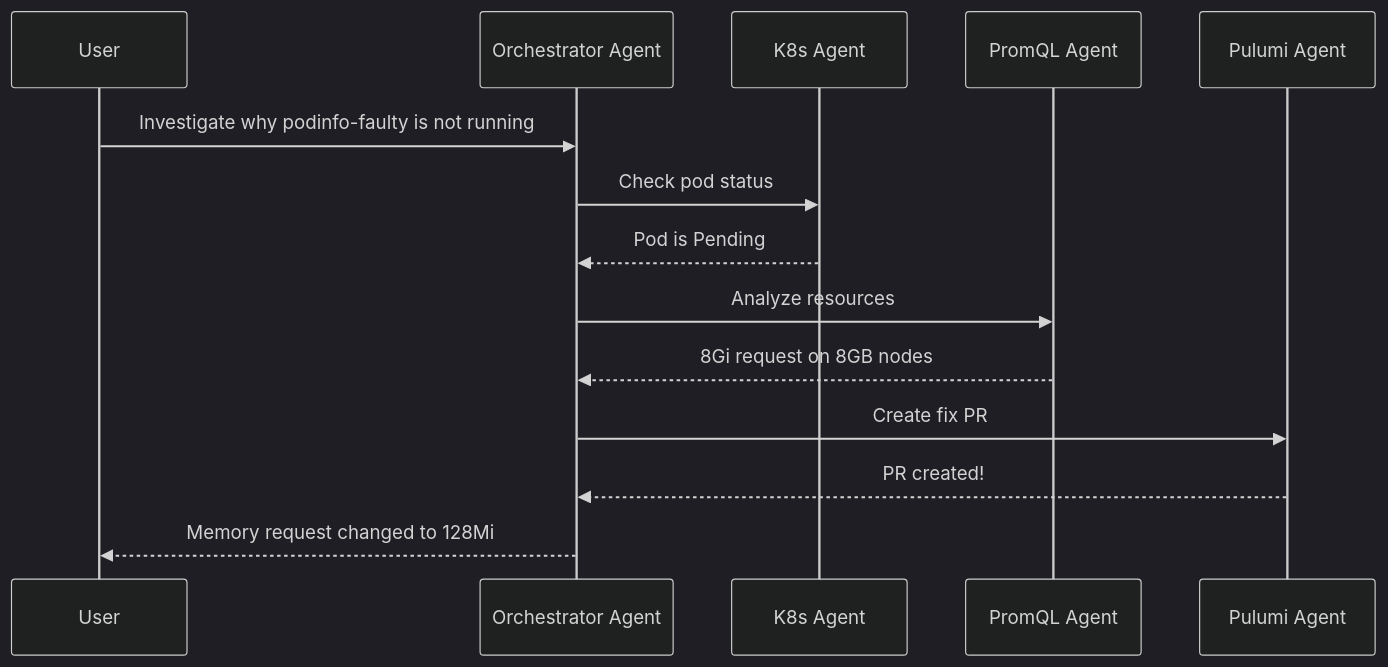
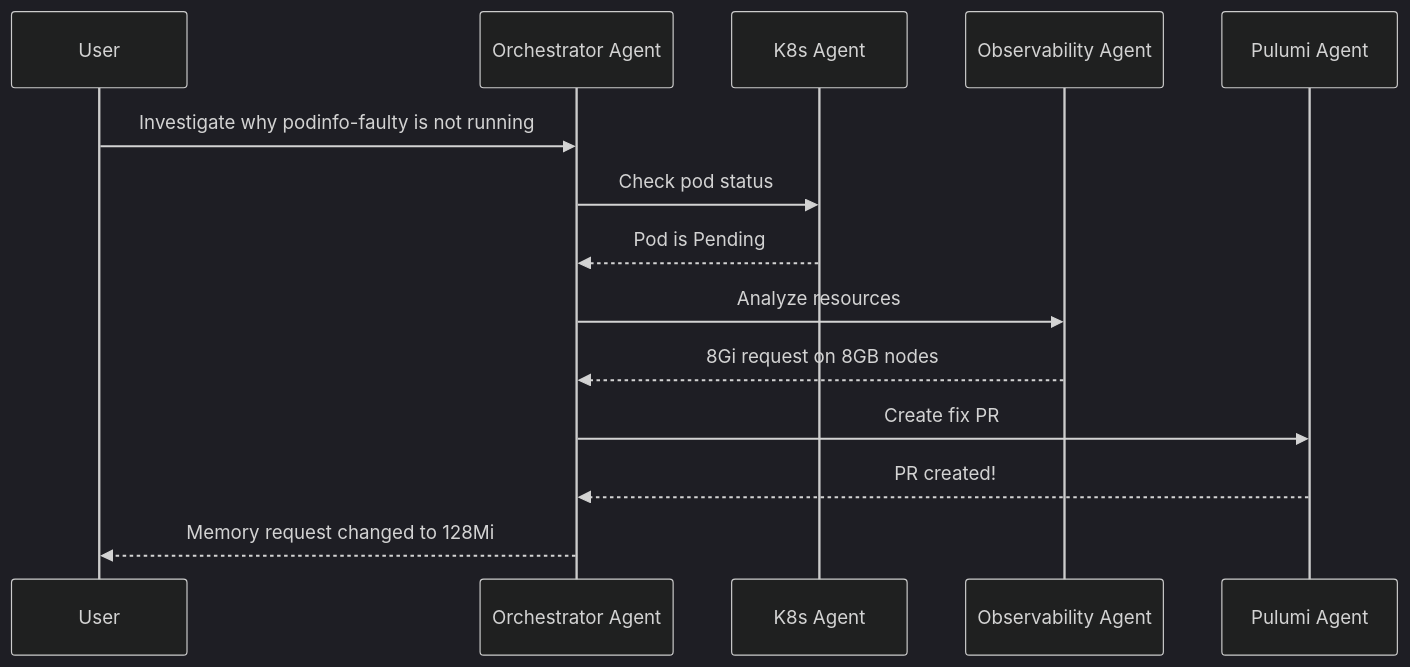
The second of 2 diagrams in 04-multi-agent-troubleshooting.md (dirien/cfgmgmtcamp-2026-agentic-ai-workshop), drawn with Mermaid (dark theme) before and after one commit. The commit also changed other lines of this file and 1 other file, not shown here.

````diff
--- a/04-multi-agent-troubleshooting.md
+++ b/04-multi-agent-troubleshooting.md
@@ -277,17 +291,17 @@
 ```mermaid
 sequenceDiagram
     participant U as User
     participant O as Orchestrator Agent
     participant K as K8s Agent
-    participant P as PromQL Agent
+    participant OBS as Observability Agent
     participant PU as Pulumi Agent
 
     U->>O: Investigate why podinfo-faulty is not running
     O->>K: Check pod status
     K-->>O: Pod is Pending
-    O->>P: Analyze resources
-    P-->>O: 8Gi request on 8GB nodes
+    O->>OBS: Analyze resources
+    OBS-->>O: 8Gi request on 8GB nodes
     O->>PU: Create fix PR
     PU-->>O: PR created!
     O-->>U: Memory request changed to 128Mi
 ```
````
